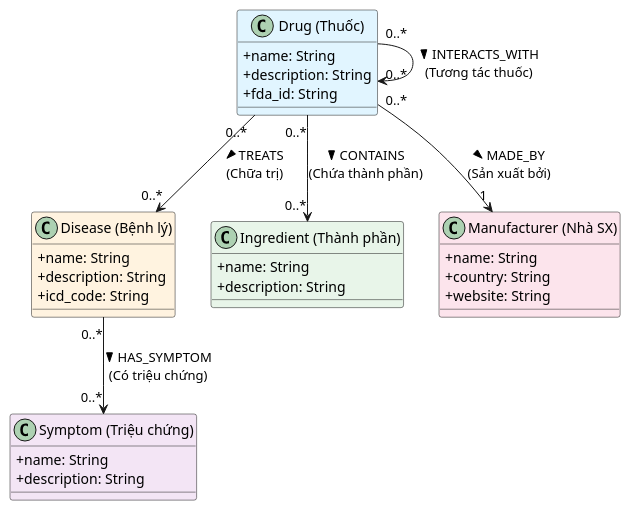
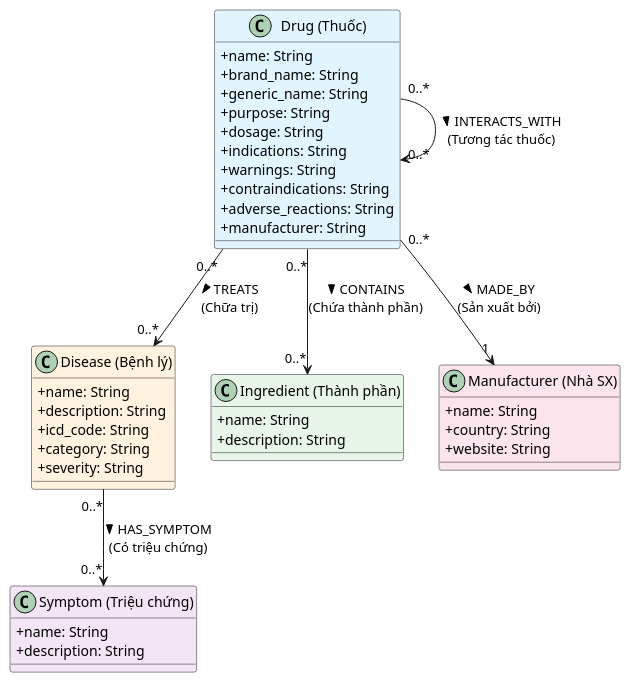
One commit to Daz-Vo/CongNghePhanMem changed the ninth of 9 diagrams in docs/UML_DIAGRAMS.md. Above: the diagram before and after it, drawn with PlantUML. The commit also changed 17 other files, not shown here.

````diff
--- a/docs/UML_DIAGRAMS.md
+++ b/docs/UML_DIAGRAMS.md
@@ -392,41 +392,50 @@
 ```plantuml
 @startuml
 skinparam classAttributeIconSize 0
 
 class "Drug (Thuốc)" as Drug #e1f5ff {
   + name: String
-  + description: String
-  + fda_id: String
+  + brand_name: String
+  + generic_name: String
+  + purpose: String
+  + dosage: String
+  + indications: String
+  + warnings: String
+  + contraindications: String
+  + adverse_reactions: String
+  + manufacturer: String
 }
 
 class "Disease (Bệnh lý)" as Disease #fff3e0 {
   + name: String
   + description: String
   + icd_code: String
+  + category: String
+  + severity: String
 }
 
 class "Symptom (Triệu chứng)" as Symptom #f3e5f5 {
   + name: String
   + description: String
 }
 
 class "Ingredient (Thành phần)" as Ingredient #e8f5e9 {
   + name: String
   + description: String
 }
 
 class "Manufacturer (Nhà SX)" as Manufacturer #fce4ec {
   + name: String
   + country: String
   + website: String
 }
 
 ' Neo4j Relationships
 Drug "0..*" --> "0..*" Disease : "TREATS >\n(Chữa trị)"
 Drug "0..*" --> "0..*" Drug : "INTERACTS_WITH >\n(Tương tác thuốc)"
 Drug "0..*" --> "0..*" Ingredient : "CONTAINS >\n(Chứa thành phần)"
 Drug "0..*" --> "1" Manufacturer : "MADE_BY >\n(Sản xuất bởi)"
 Disease "0..*" --> "0..*" Symptom : "HAS_SYMPTOM >\n(Có triệu chứng)"
 
 @enduml
 ```
````
